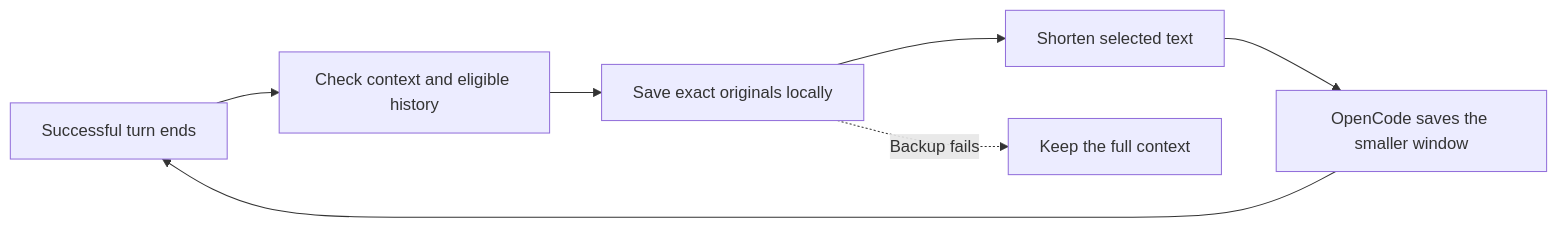
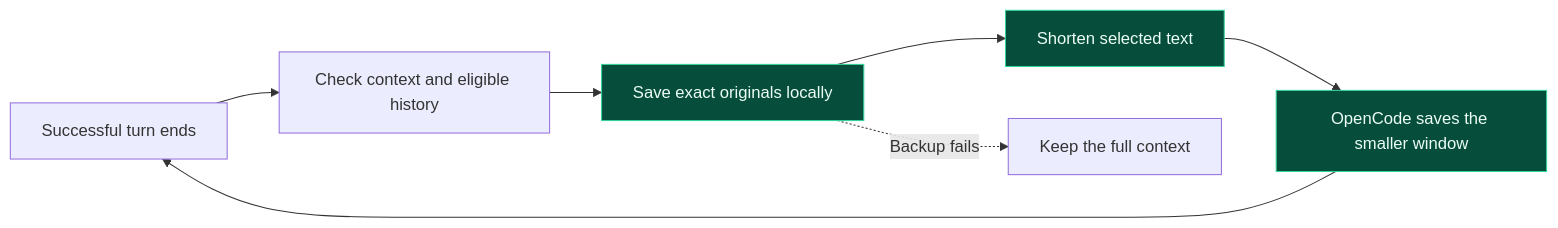
Before and after one commit to Haoming9527/opencode-live-compact: the diagram in README.md, drawn with Mermaid. The commit also changed other lines of this file and 23 other files, not shown here.

````diff
--- a/README.md
+++ b/README.md
@@ -44,9 +21,12 @@
 ```mermaid
 flowchart LR
     A[Successful turn ends] --> B[Check context and eligible history]
     B --> C[Save exact originals locally]
     C --> D[Shorten selected text]
     D --> E[OpenCode saves the smaller window]
     E --> A
     C -. Backup fails .-> F[Keep the full context]
+    style C fill:#064e3b,stroke:#34d399,color:#ecfdf5
+    style D fill:#064e3b,stroke:#34d399,color:#ecfdf5
+    style E fill:#064e3b,stroke:#34d399,color:#ecfdf5
 ```
````
